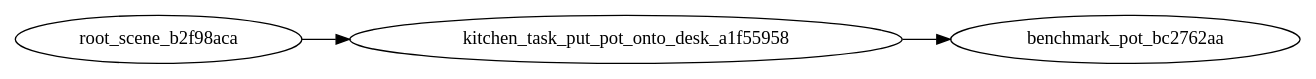
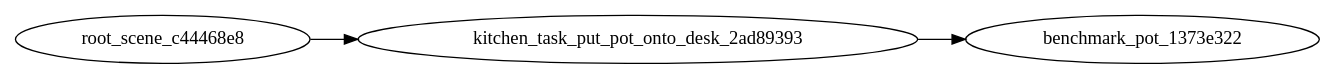
Before and after one commit to bodongiee/genie_sim_workplace: the diagram in source/geniesim/benchmark/config/llm_task/hold_pot/1/graph.dot, drawn with Graphviz. The commit also changed 568 other files, not shown here.

```diff
--- a/source/geniesim/benchmark/config/llm_task/hold_pot/1/graph.dot
+++ b/source/geniesim/benchmark/config/llm_task/hold_pot/1/graph.dot
@@ -1,6 +1,6 @@
 strict digraph "" {
 	graph [rankdir=LR];
-	root_scene_b2f98aca -> kitchen_task_put_pot_onto_desk_a1f55958;
-	benchmark_pot_bc2762aa	[tags="['dual']"];
-	kitchen_task_put_pot_onto_desk_a1f55958 -> benchmark_pot_bc2762aa;
+	root_scene_c44468e8 -> kitchen_task_put_pot_onto_desk_2ad89393;
+	benchmark_pot_1373e322	[tags="['dual']"];
+	kitchen_task_put_pot_onto_desk_2ad89393 -> benchmark_pot_1373e322;
 }
```
